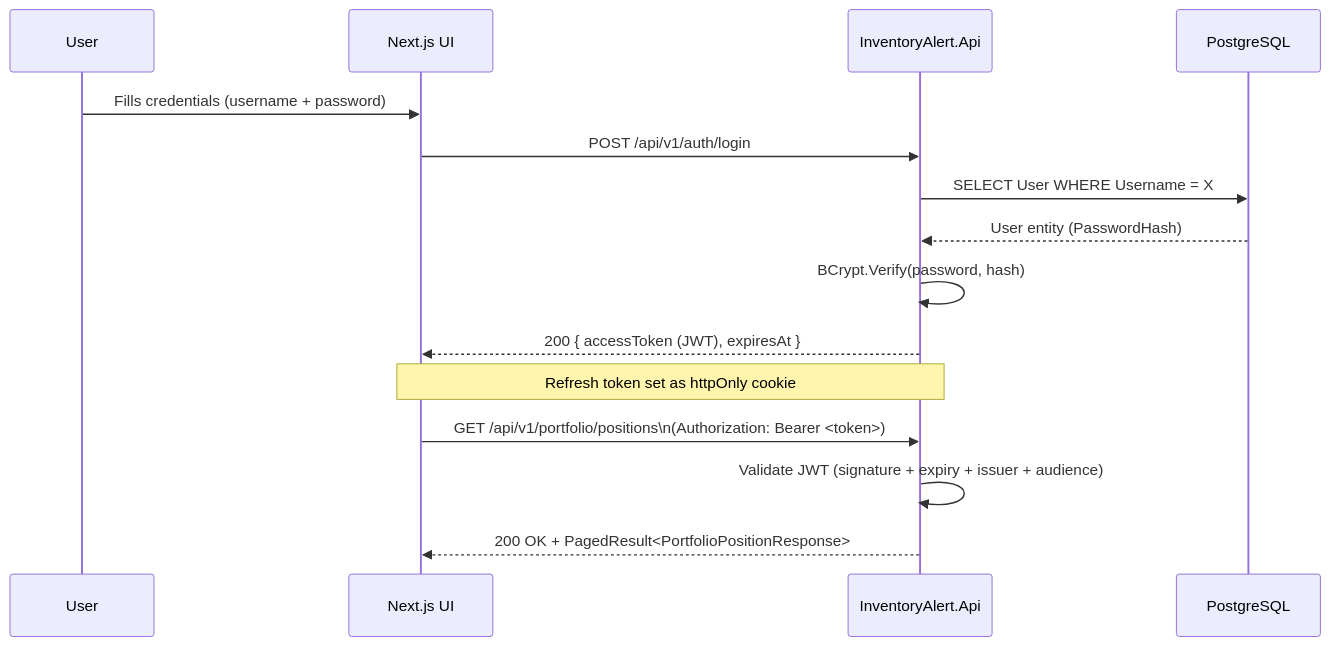
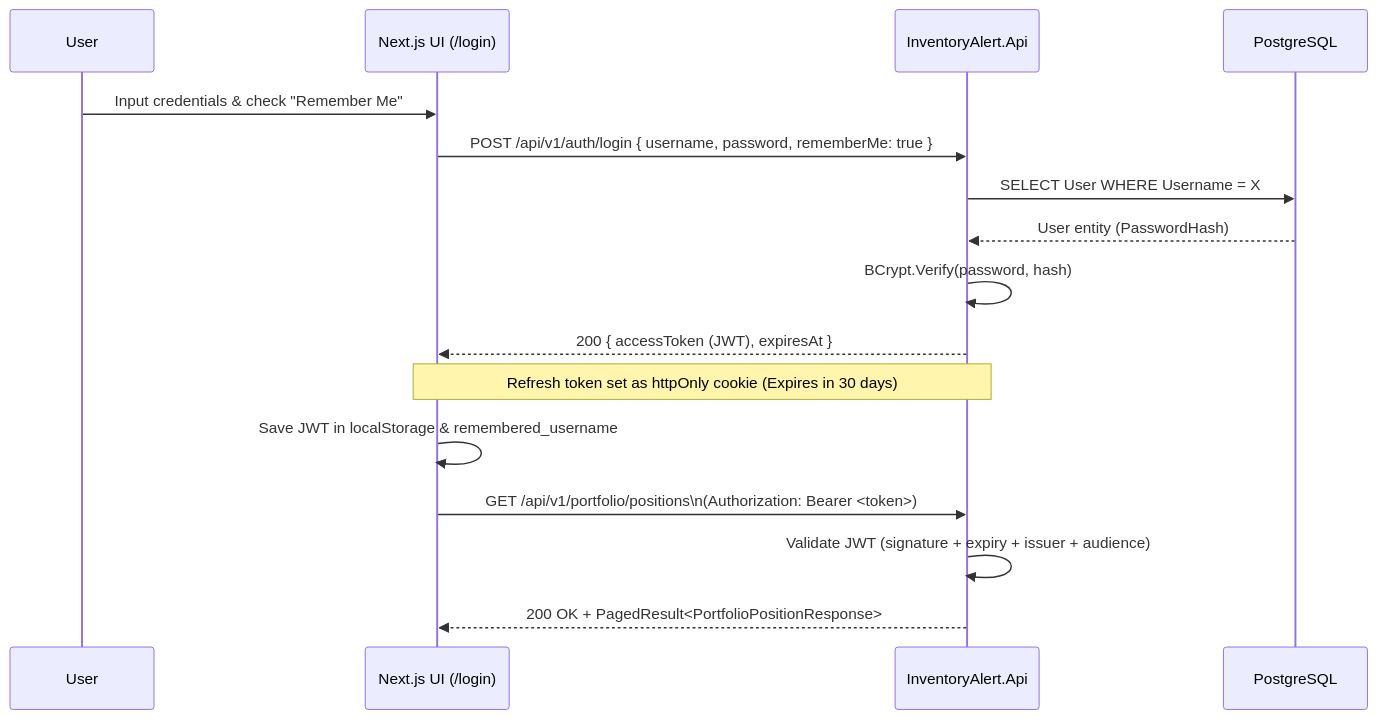
Before and after one commit to nhonvo/InventoryManagementSystem: the first of 3 diagrams in src/ui/InventoryAlert.Wiki/docs/04-execution-flows/user-authentication.md, drawn with Mermaid. The commit also changed other lines of this file and 76 other files, not shown here.

````diff
--- a/src/ui/InventoryAlert.Wiki/docs/04-execution-flows/user-authentication.md
+++ b/src/ui/InventoryAlert.Wiki/docs/04-execution-flows/user-authentication.md
@@ -9,18 +20,19 @@
 ```mermaid
 sequenceDiagram
     participant User
-    participant UI as Next.js UI
+    participant UI as Next.js UI (/login)
     participant API as InventoryAlert.Api
     participant DB as PostgreSQL
 
-    User->>UI: Fills credentials (username + password)
-    UI->>API: POST /api/v1/auth/login
+    User->>UI: Input credentials & check "Remember Me"
+    UI->>API: POST /api/v1/auth/login { username, password, rememberMe: true }
     API->>DB: SELECT User WHERE Username = X
     DB-->>API: User entity (PasswordHash)
     API->>API: BCrypt.Verify(password, hash)
     API-->>UI: 200 { accessToken (JWT), expiresAt }
-    Note over API,UI: Refresh token set as httpOnly cookie
+    Note over API,UI: Refresh token set as httpOnly cookie (Expires in 30 days)
+    UI->>UI: Save JWT in localStorage & remembered_username
     UI->>API: GET /api/v1/portfolio/positions\n(Authorization: Bearer <token>)
     API->>API: Validate JWT (signature + expiry + issuer + audience)
     API-->>UI: 200 OK + PagedResult<PortfolioPositionResponse>
 ```
````
